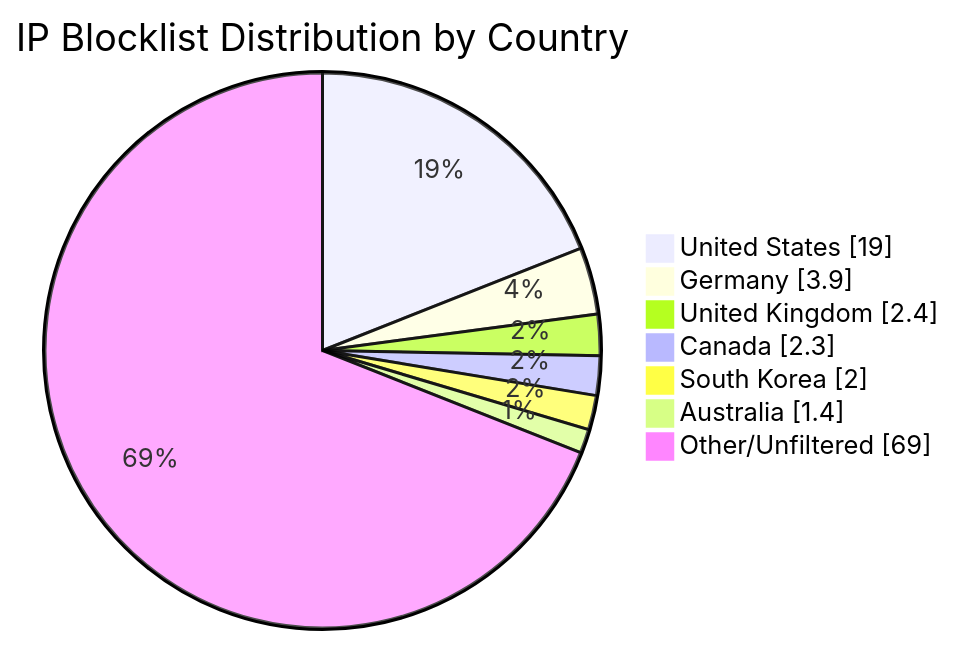
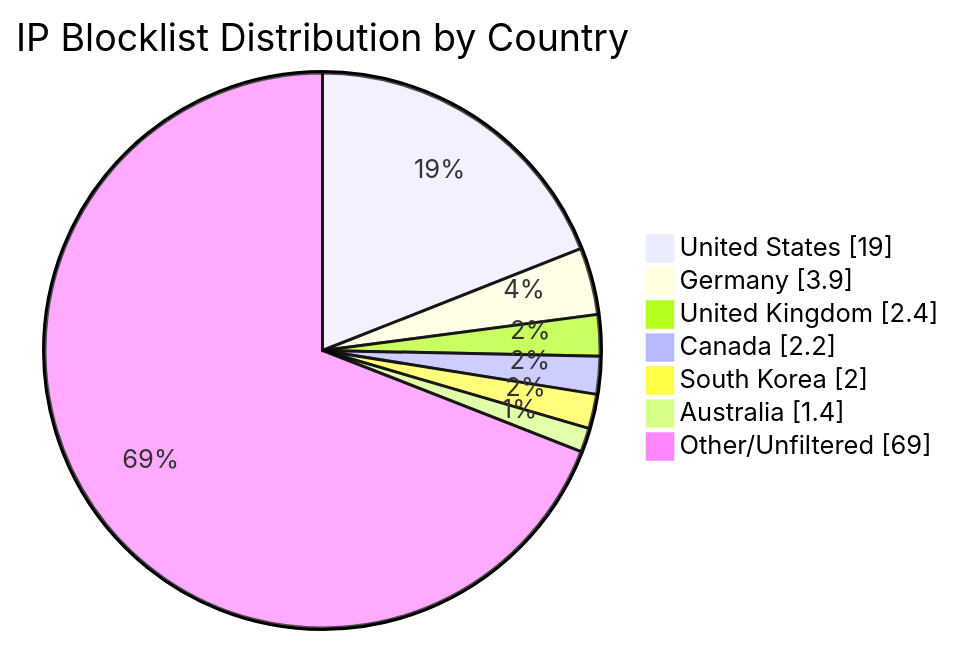
One commit to MarcusHoltz/ipblocklist-geofiltered-aggregator changed the diagram in README.md. Above: the diagram before and after it, drawn with Mermaid. The commit also changed other lines of this file and 9 other files, not shown here.

````diff
--- a/README.md
+++ b/README.md
@@ -34,10 +34,10 @@
 ```mermaid
 pie showData title IP Blocklist Distribution by Country
 "United States" : 19.0
 "Germany" : 3.9
 "United Kingdom" : 2.4
-"Canada" : 2.3
+"Canada" : 2.2
 "South Korea" : 2.0
 "Australia" : 1.4
 "Other/Unfiltered" : 69.0
 ```
````
